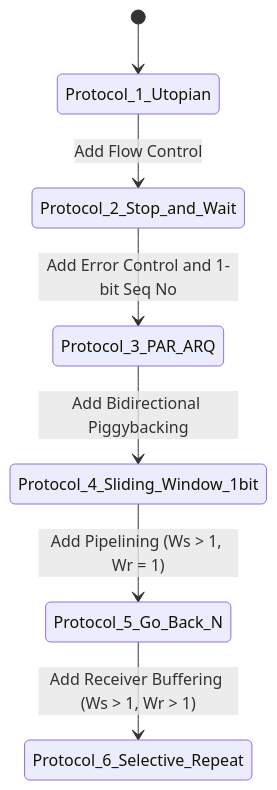
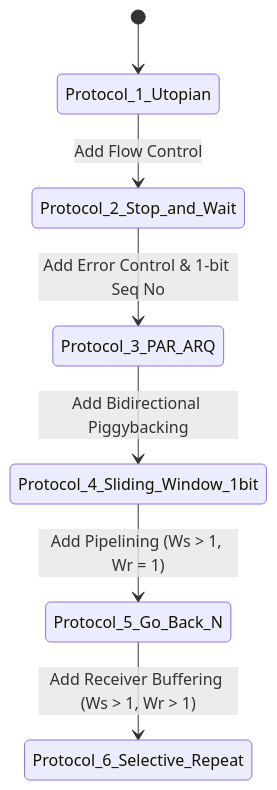
One commit to DeepLumiere/DeepSkills changed the second of 4 diagrams in notes/computer_networks/Chapter_3_Data_Link_Layer.md. Above: the diagram before and after it, drawn with Mermaid. The commit also changed other lines of this file and 2 other files, not shown here.

````diff
--- a/notes/computer_networks/Chapter_3_Data_Link_Layer.md
+++ b/notes/computer_networks/Chapter_3_Data_Link_Layer.md
@@ -307,9 +333,9 @@
 ```mermaid
 stateDiagram-v2
     [*] --> Protocol_1_Utopian
     Protocol_1_Utopian --> Protocol_2_Stop_and_Wait : Add Flow Control
-    Protocol_2_Stop_and_Wait --> Protocol_3_PAR_ARQ : Add Error Control and 1-bit Seq No
+    Protocol_2_Stop_and_Wait --> Protocol_3_PAR_ARQ : Add Error Control & 1-bit Seq No
     Protocol_3_PAR_ARQ --> Protocol_4_Sliding_Window_1bit : Add Bidirectional Piggybacking
     Protocol_4_Sliding_Window_1bit --> Protocol_5_Go_Back_N : Add Pipelining (Ws > 1, Wr = 1)
     Protocol_5_Go_Back_N --> Protocol_6_Selective_Repeat : Add Receiver Buffering (Ws > 1, Wr > 1)
 ```
````
